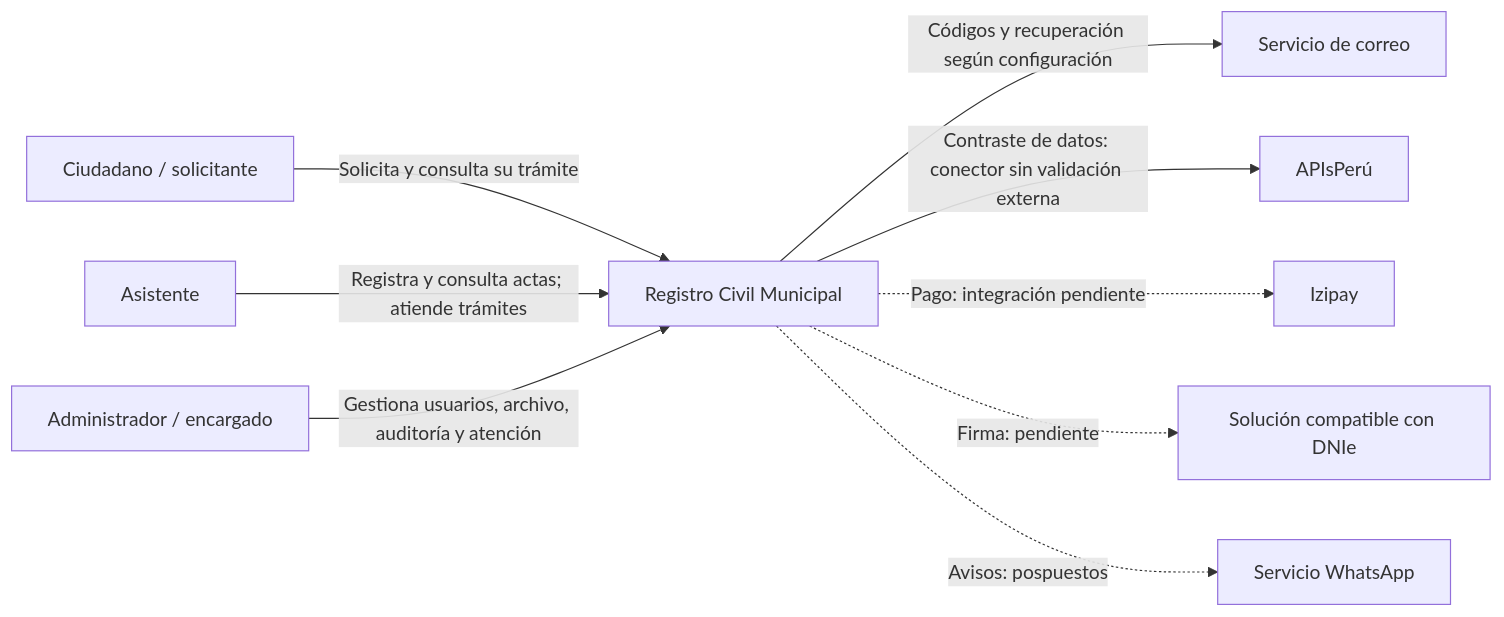
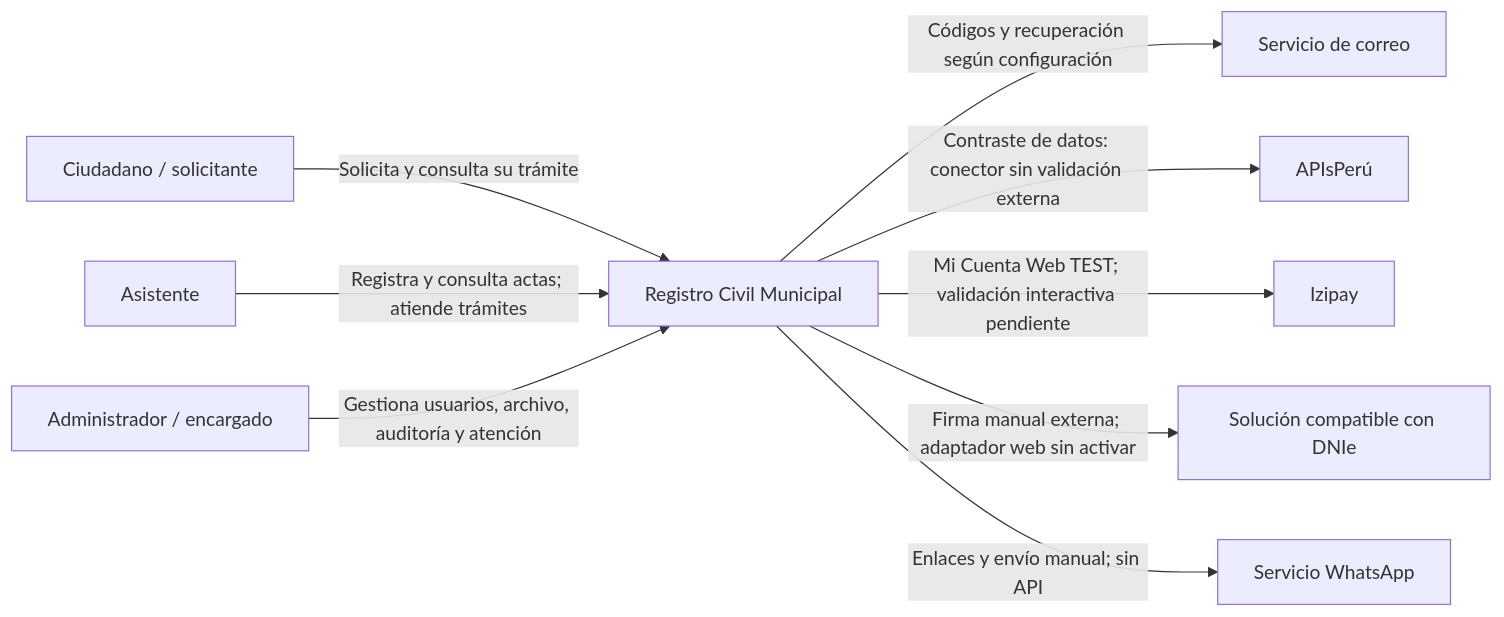
The diagram in modelo-c4/Nivel1-DiagramadeContextodelSistema.md (DeyviQC/RegistroCivil_arquiSoft_Quispe-02), drawn with Mermaid before and after one commit. The commit also changed other lines of this file, not shown here.

Commit message:
docs: actualizar contexto C4 con pagos y canales actuales

````diff
--- a/modelo-c4/Nivel1-DiagramadeContextodelSistema.md
+++ b/modelo-c4/Nivel1-DiagramadeContextodelSistema.md
@@ -18,11 +18,11 @@
 ```mermaid
 flowchart LR
     Ciudadano["Ciudadano / solicitante"] -->|"Solicita y consulta su trámite"| RC["Registro Civil Municipal"]
     Asistente["Asistente"] -->|"Registra y consulta actas; atiende trámites"| RC
     Administrador["Administrador / encargado"] -->|"Gestiona usuarios, archivo, auditoría y atención"| RC
     RC -->|"Códigos y recuperación según configuración"| Correo["Servicio de correo"]
     RC -->|"Contraste de datos: conector sin validación externa"| Datos["APIsPerú"]
-    RC -.->|"Pago: integración pendiente"| Izipay["Izipay"]
-    RC -.->|"Firma: pendiente"| Firma["Solución compatible con DNIe"]
-    RC -.->|"Avisos: pospuestos"| WhatsApp["Servicio WhatsApp"]
+    RC -->|"Mi Cuenta Web TEST; validación interactiva pendiente"| Izipay["Izipay"]
+    RC -->|"Firma manual externa; adaptador web sin activar"| Firma["Solución compatible con DNIe"]
+    RC -->|"Enlaces y envío manual; sin API"| WhatsApp["Servicio WhatsApp"]
 ```
````
